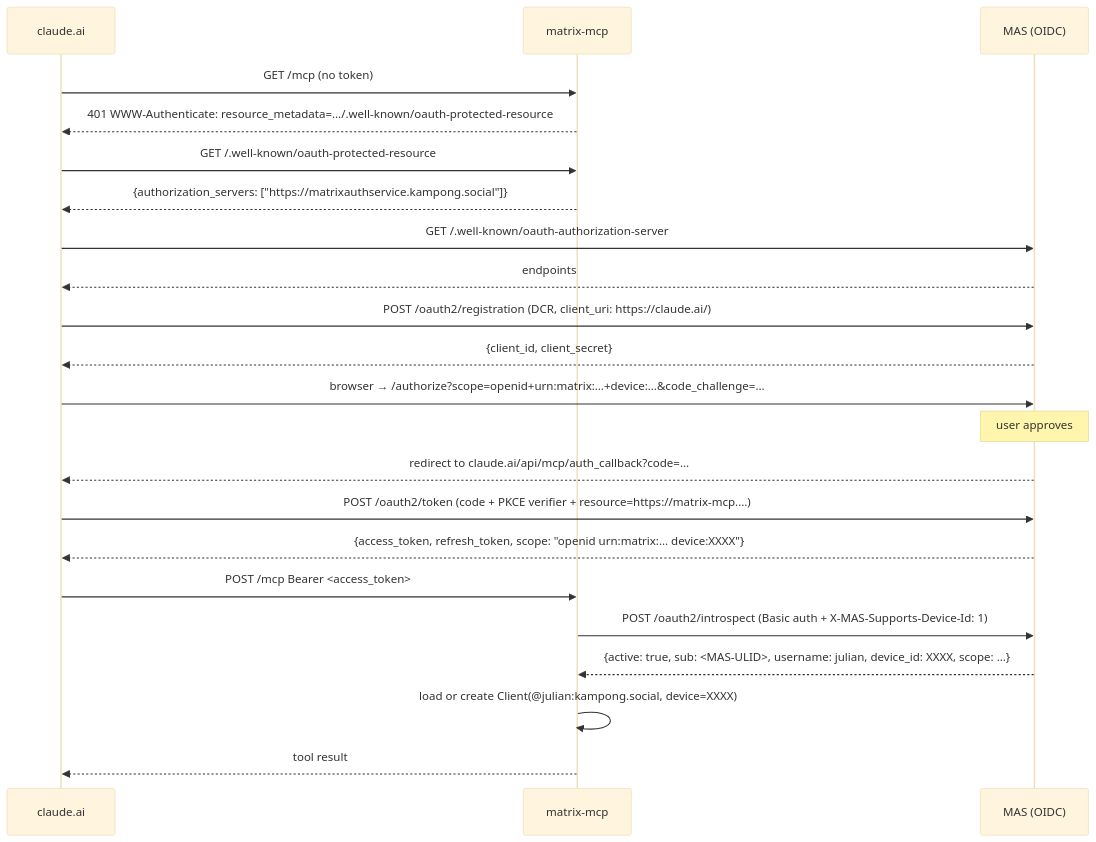
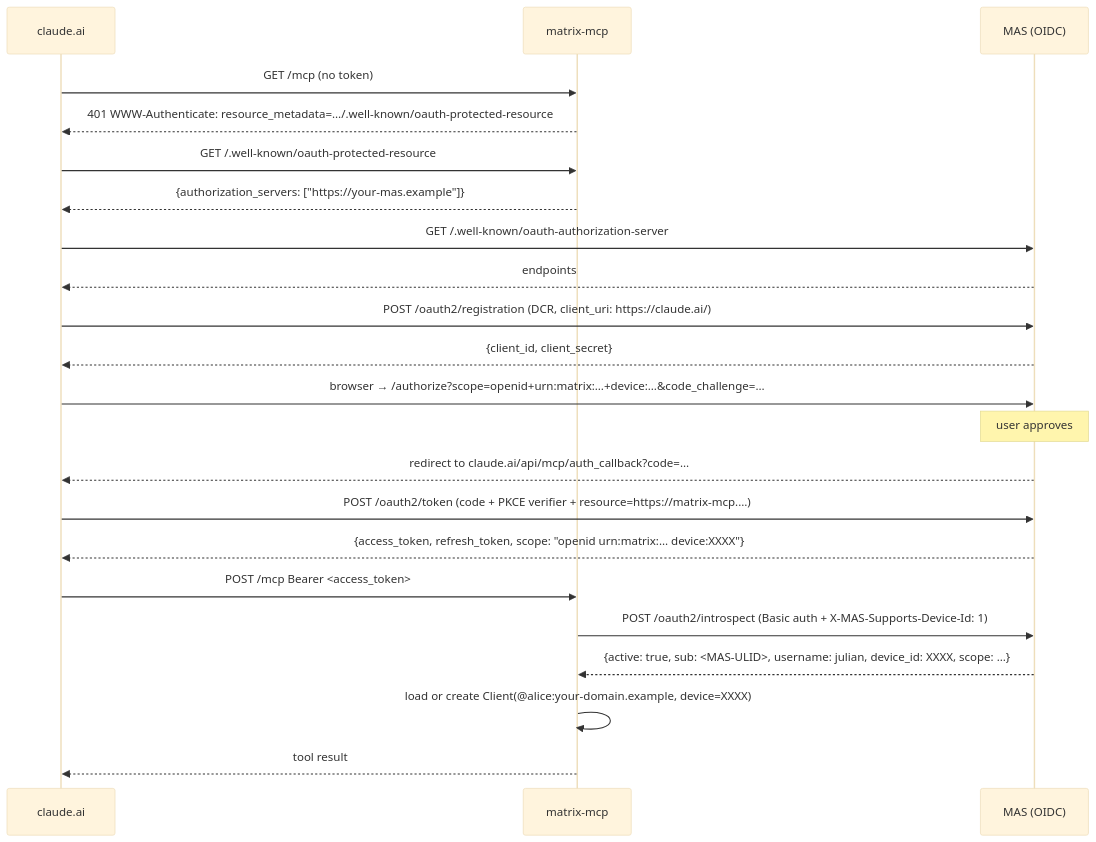
The first of 3 diagrams in docs/architecture.md (jlxq0/matrix-mcp), drawn with Mermaid (base theme) before and after one commit. The commit also changed other lines of this file and 9 other files, not shown here.

````diff
--- a/docs/architecture.md
+++ b/docs/architecture.md
@@ -25,25 +25,25 @@
 ```mermaid
 sequenceDiagram
     participant C as claude.ai
     participant M as matrix-mcp
     participant MAS as MAS (OIDC)
 
     C->>M: GET /mcp (no token)
     M-->>C: 401 WWW-Authenticate: resource_metadata=…/.well-known/oauth-protected-resource
     C->>M: GET /.well-known/oauth-protected-resource
-    M-->>C: {authorization_servers: ["https://matrixauthservice.kampong.social"]}
+    M-->>C: {authorization_servers: ["https://your-mas.example"]}
     C->>MAS: GET /.well-known/oauth-authorization-server
     MAS-->>C: endpoints
     C->>MAS: POST /oauth2/registration (DCR, client_uri: https://claude.ai/)
     MAS-->>C: {client_id, client_secret}
     C->>MAS: browser → /authorize?scope=openid+urn:matrix:…+device:…&code_challenge=…
     Note over MAS: user approves
     MAS-->>C: redirect to claude.ai/api/mcp/auth_callback?code=…
     C->>MAS: POST /oauth2/token (code + PKCE verifier + resource=https://matrix-mcp.…)
     MAS-->>C: {access_token, refresh_token, scope: "openid urn:matrix:… device:XXXX"}
     C->>M: POST /mcp Bearer <access_token>
     M->>MAS: POST /oauth2/introspect (Basic auth + X-MAS-Supports-Device-Id: 1)
     MAS-->>M: {active: true, sub: <MAS-ULID>, username: julian, device_id: XXXX, scope: …}
-    M->>M: load or create Client(@julian:kampong.social, device=XXXX)
+    M->>M: load or create Client(@alice:your-domain.example, device=XXXX)
     M-->>C: tool result
 ```
````
